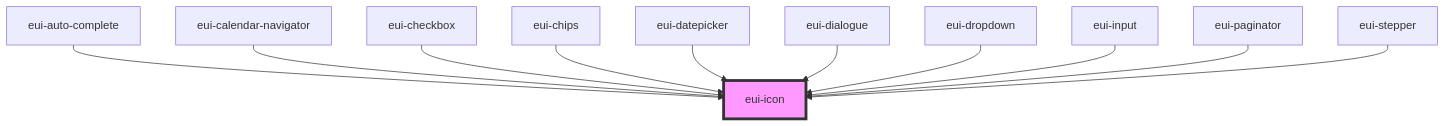
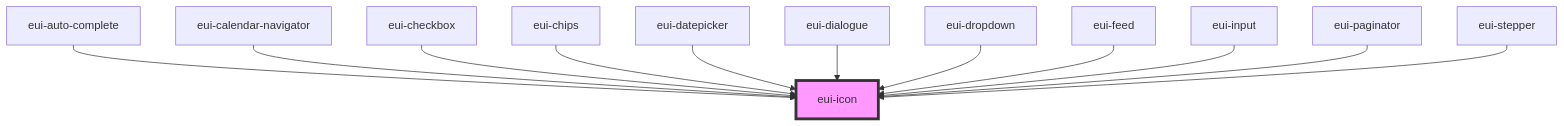
The diagram in ensemble-ui/src/components/icon/readme.md (pnd-amirhosein/U_and_I), drawn with Mermaid before and after one commit. The commit also changed other lines of this file and 17 other files, not shown here.

````diff
--- a/ensemble-ui/src/components/icon/readme.md
+++ b/ensemble-ui/src/components/icon/readme.md
@@ -33,14 +34,15 @@
 ```mermaid
 graph TD;
   eui-auto-complete --> eui-icon
   eui-calendar-navigator --> eui-icon
   eui-checkbox --> eui-icon
   eui-chips --> eui-icon
   eui-datepicker --> eui-icon
   eui-dialogue --> eui-icon
   eui-dropdown --> eui-icon
+  eui-feed --> eui-icon
   eui-input --> eui-icon
   eui-paginator --> eui-icon
   eui-stepper --> eui-icon
   style eui-icon fill:#f9f,stroke:#333,stroke-width:4px
 ```
````
